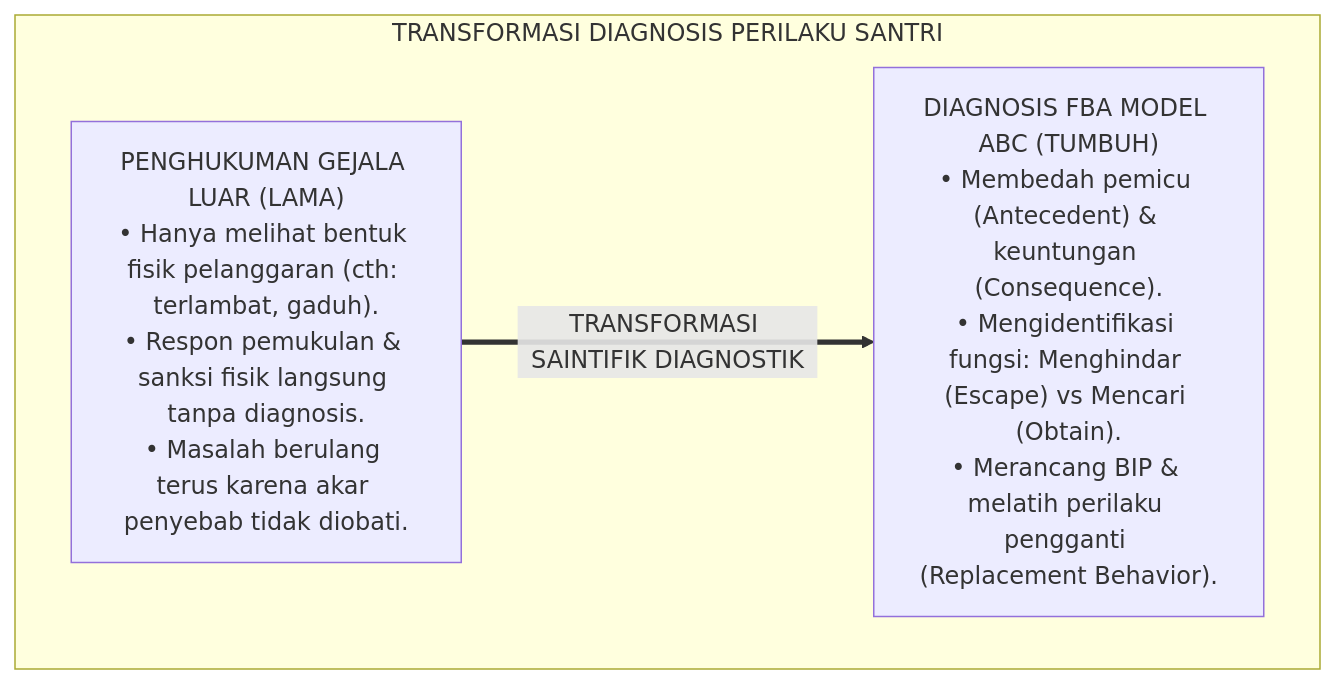
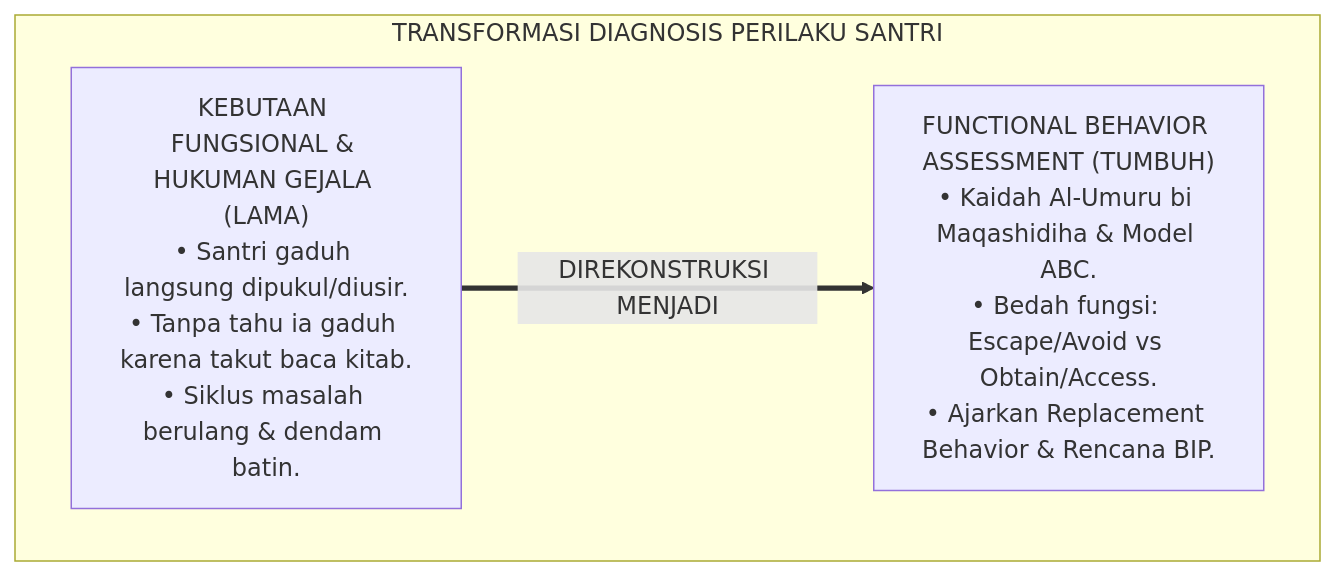
One commit to wandiapriliyandi/tumbuh changed the first of 3 diagrams in 02 Principles/06 Intervention Principles/P2-06-02-Prinsip-Functional-Behavior-Assessment.md. Above: the diagram before and after it, drawn with Mermaid. The commit also changed other lines of this file and 7 other files, not shown here.

````diff
--- a/02 Principles/06 Intervention Principles/P2-06-02-Prinsip-Functional-Behavior-Assessment.md
+++ b/02 Principles/06 Intervention Principles/P2-06-02-Prinsip-Functional-Behavior-Assessment.md
@@ -60,10 +56,10 @@
 ```mermaid
 flowchart TD
-    subgraph TransformasiAnalisisPerilaku["TRANSFORMASI DIAGNOSIS PERILAKU SANTRI"]
-        HukumGejala["PENGHUKUMAN GEJALA LUAR (LAMA)<br/>• Hanya melihat bentuk fisik pelanggaran (cth: terlambat, gaduh).<br/>• Respon pemukulan & sanksi fisik langsung tanpa diagnosis.<br/>• Masalah berulang terus karena akar penyebab tidak diobati."]
+    subgraph TransformasiDiagnosisPerilaku["TRANSFORMASI DIAGNOSIS PERILAKU SANTRI"]
+        PolaButaLama["KEBUTAAN FUNGSIONAL & HUKUMAN GEJALA (LAMA)<br/>• Santri gaduh langsung dipukul/diusir.<br/>• Tanpa tahu ia gaduh karena takut baca kitab.<br/>• Siklus masalah berulang & dendam batin."]
         
-        DiagnosisFBA["DIAGNOSIS FBA MODEL ABC (TUMBUH)<br/>• Membedah pemicu (Antecedent) & keuntungan (Consequence).<br/>• Mengidentifikasi fungsi: Menghindar (Escape) vs Mencari (Obtain).<br/>• Merancang BIP & melatih perilaku pengganti (Replacement Behavior)."]
+        PolaFBATUMBUH["FUNCTIONAL BEHAVIOR ASSESSMENT (TUMBUH)<br/>• Kaidah Al-Umuru bi Maqashidiha & Model ABC.<br/>• Bedah fungsi: Escape/Avoid vs Obtain/Access.<br/>• Ajarkan Replacement Behavior & Rencana BIP."]
         
-        HukumGejala ==>|TRANSFORMASI SAINTIFIK DIAGNOSTIK| DiagnosisFBA
+        PolaButaLama ==>|DIREKONSTRUKSI MENJADI| PolaFBATUMBUH
     end
 ```
````
